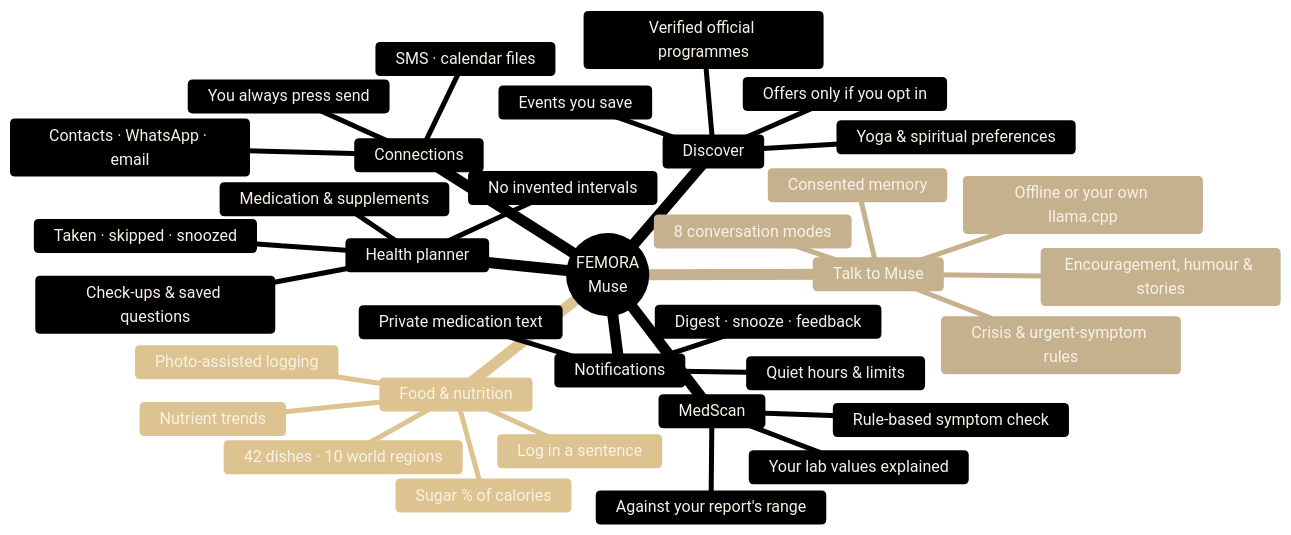
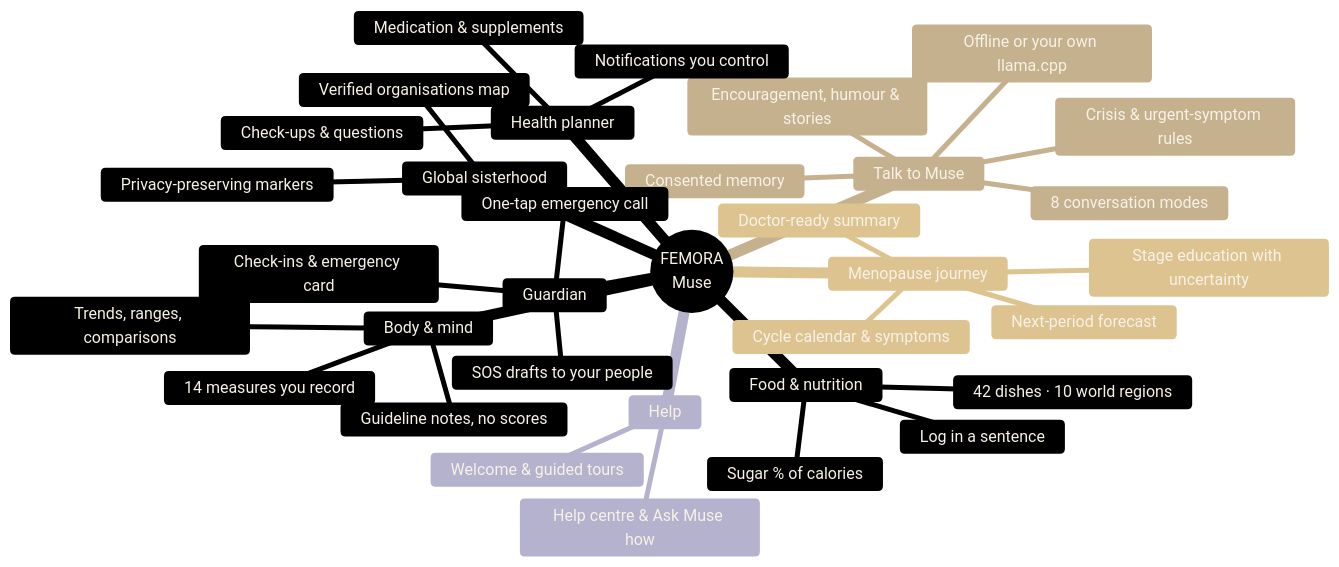
The first of 6 diagrams in femora/README.md (florina787/Data-sets), drawn with Mermaid before and after one commit. The commit also changed other lines of this file and 37 other files, not shown here.

````diff
--- a/femora/README.md
+++ b/femora/README.md
@@ -71,39 +71,38 @@
 ```mermaid
-%%{init: {'theme':'base','themeVariables':{'primaryColor':'#17140f','primaryTextColor':'#f7f1e6','primaryBorderColor':'#a8844c','lineColor':'#a8844c','secondaryColor':'#f0ebe2','tertiaryColor':'#fbf8f2','fontFamily':'Georgia'}}}%%
+%%{init: {'theme':'base','themeVariables':{'primaryColor':'#17140f','primaryTextColor':'#f7f1e6','primaryBorderColor':'#7c5f2b','lineColor':'#7c5f2b','secondaryColor':'#f0ebe2','tertiaryColor':'#fbf8f2','fontFamily':'Georgia'}}}%%
 mindmap
   root((FEMORA<br/>Muse))
     Talk to Muse
       8 conversation modes
       Encouragement, humour & stories
       Consented memory
       Crisis & urgent-symptom rules
       Offline or your own llama.cpp
+    Menopause journey
+      Cycle calendar & symptoms
+      Stage education with uncertainty
+      Next-period forecast
+      Doctor-ready summary
+    Body & mind
+      14 measures you record
+      Trends, ranges, comparisons
+      Guideline notes, no scores
     Food & nutrition
       42 dishes · 10 world regions
       Log in a sentence
       Sugar % of calories
-      Nutrient trends
-      Photo-assisted logging
     Health planner
       Medication & supplements
-      Taken · skipped · snoozed
-      Check-ups & saved questions
-      No invented intervals
-    MedScan
-      Your lab values explained
-      Against your report's range
-      Rule-based symptom check
-    Discover
-      Verified official programmes
-      Yoga & spiritual preferences
-      Events you save
-      Offers only if you opt in
-    Notifications
-      Quiet hours & limits
-      Digest · snooze · feedback
-      Private medication text
-    Connections
-      Contacts · WhatsApp · email
-      SMS · calendar files
-      You always press send
+      Check-ups & questions
+      Notifications you control
+    Guardian
+      One-tap emergency call
+      SOS drafts to your people
+      Check-ins & emergency card
+    Global sisterhood
+      Verified organisations map
+      Privacy-preserving markers
+    Help
+      Welcome & guided tours
+      Help centre & Ask Muse how
 ```
````
